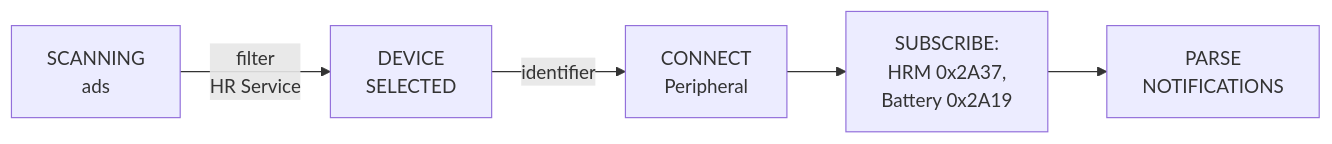
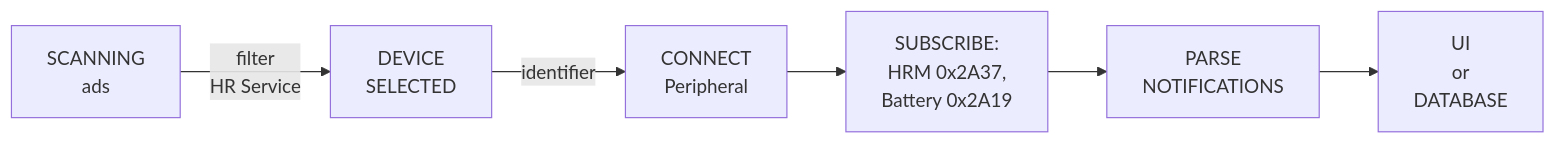
The diagram in README.md (AnatoliiChub/HRAM), drawn with Mermaid before and after one commit. The commit also changed other lines of this file, not shown here.

````diff
--- a/README.md
+++ b/README.md
@@ -64,7 +63,8 @@
 ```mermaid
 flowchart LR
     A["SCANNING <br> ads"] -->|filter<br>HR Service| B[DEVICE<br>SELECTED]
     B -->|identifier| C[CONNECT<br>Peripheral]
     C --> D[SUBSCRIBE:<br>HRM 0x2A37,<br>Battery 0x2A19]
     D --> E[PARSE<br>NOTIFICATIONS]
+    E --> F[UI<br>or<br>DATABASE]
 ```
````
